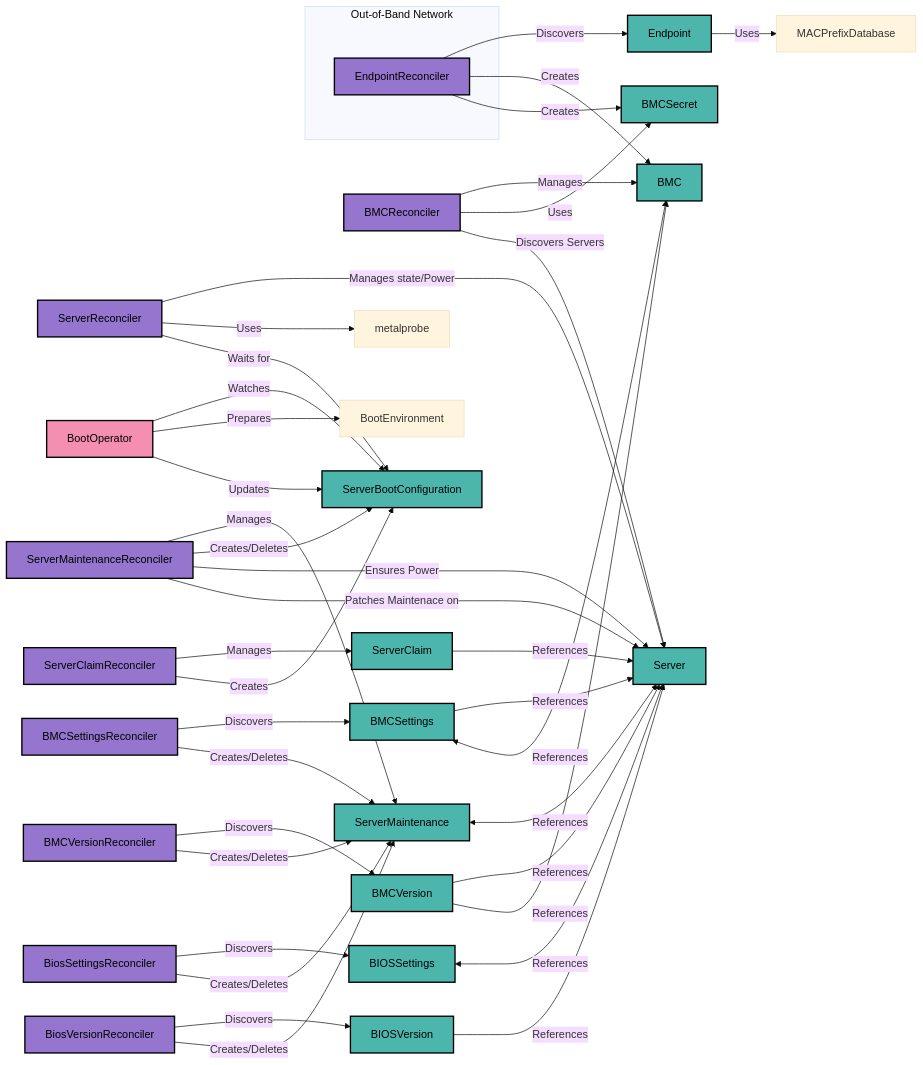
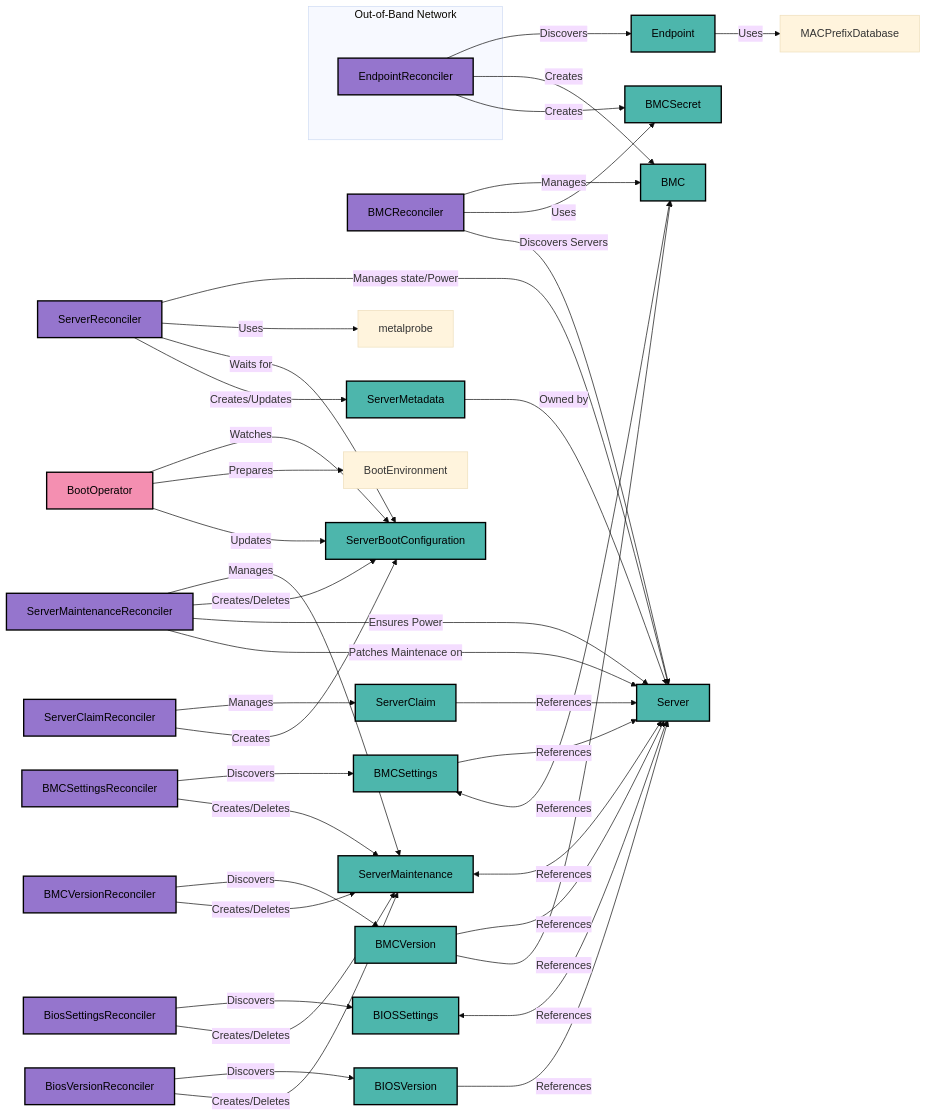
Before and after one commit to ironcore-dev/metal-operator: the diagram in docs/architecture.md, drawn with Mermaid (base theme). The commit also changed other lines of this file and 33 other files, not shown here.

Commit message:
Add ServerMetadata type for persistent discovery data and status restoration

````diff
--- a/docs/architecture.md
+++ b/docs/architecture.md
@@ -10,58 +10,61 @@
 ```mermaid
 flowchart LR
     subgraph Out-of-Band Network
         EndpointReconciler
     end
     EndpointReconciler -- Discovers --> Endpoint
     Endpoint -- Uses --> MACPrefixDatabase
     EndpointReconciler -- Creates --> BMC & BMCSecret
 
     BMCReconciler -- Manages --> BMC
     BMCReconciler -- Uses --> BMCSecret
     BMCReconciler -- Discovers Servers --> Server
 
     ServerReconciler -- Manages state/Power --> Server
     ServerReconciler -- Uses --> metalprobe
     ServerReconciler -- Waits for --> ServerBootConfiguration
+    ServerReconciler -- Creates/Updates --> ServerMetadata
+
+    ServerMetadata -- Owned by --> Server
     
     ServerMaintenanceReconciler -- Manages --> ServerMaintenance
     ServerMaintenanceReconciler -- Creates/Deletes --> ServerBootConfiguration
     ServerMaintenanceReconciler -- Ensures Power --> Server
     ServerMaintenanceReconciler -- Patches Maintenace on --> Server
 
     ServerMaintenance -- References <--> Server
 
     ServerClaimReconciler -- Manages --> ServerClaim
     ServerClaim -- References --> Server
     ServerClaimReconciler -- Creates --> ServerBootConfiguration
 
     BootOperator -- Watches --> ServerBootConfiguration
     BootOperator -- Prepares --> BootEnvironment
     BootOperator -- Updates --> ServerBootConfiguration
 
     BiosSettingsReconciler -- Discovers --> BIOSSettings
     BiosSettingsReconciler -- Creates/Deletes --> ServerMaintenance
     BIOSSettings -- References <--> Server
 
     BiosVersionReconciler -- Discovers --> BIOSVersion
     BiosVersionReconciler -- Creates/Deletes --> ServerMaintenance
     BIOSVersion -- References --> Server
 
     BMCSettingsReconciler -- Discovers --> BMCSettings
     BMCSettingsReconciler -- Creates/Deletes --> ServerMaintenance
     BMCSettings -- References --> Server
     BMCSettings -- References <--> BMC
 
     BMCVersionReconciler -- Discovers --> BMCVersion
     BMCVersionReconciler -- Creates/Deletes --> ServerMaintenance
     BMCVersion -- References --> Server
     BMCVersion -- References --> BMC
 
     classDef operator fill:#9575cd, stroke:#000, stroke-width:2px, color:#000;
     classDef crd fill:#4db6ac, stroke:#000, stroke-width:2px, color:#000;
     classDef external fill:#f48fb1, stroke:#000, stroke-width:2px, color:#000;
 
     class EndpointReconciler,BMCReconciler,ServerReconciler,ServerClaimReconciler,ServerMaintenanceReconciler,BiosSettingsReconciler,BiosVersionReconciler,BMCSettingsReconciler,BMCVersionReconciler operator;
-    class Endpoint,BMC,BMCSecret,Server,ServerClaim,ServerBootConfiguration,ServerMaintenance,BMCSettings,BMCVersion,BIOSVersion,BIOSSettings crd;
+    class Endpoint,BMC,BMCSecret,Server,ServerMetadata,ServerClaim,ServerBootConfiguration,ServerMaintenance,BMCSettings,BMCVersion,BIOSVersion,BIOSSettings crd;
     class BootOperator external;
 ```
````
